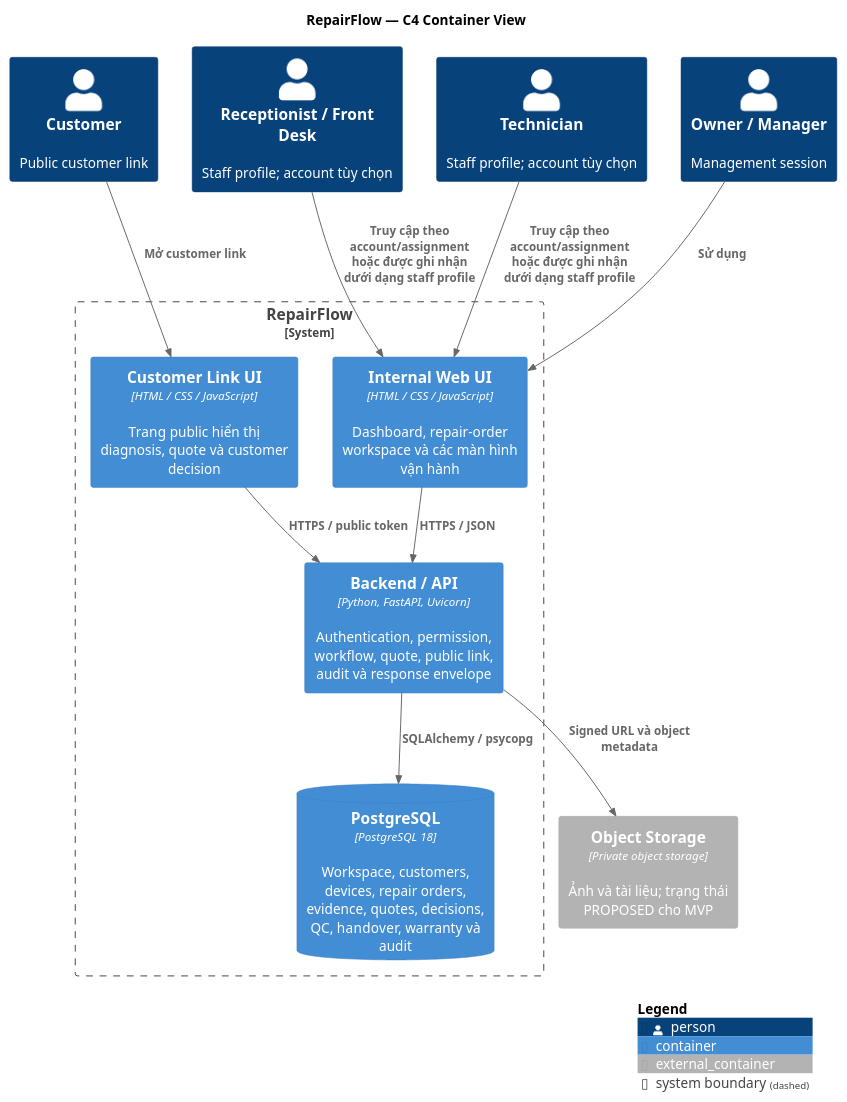
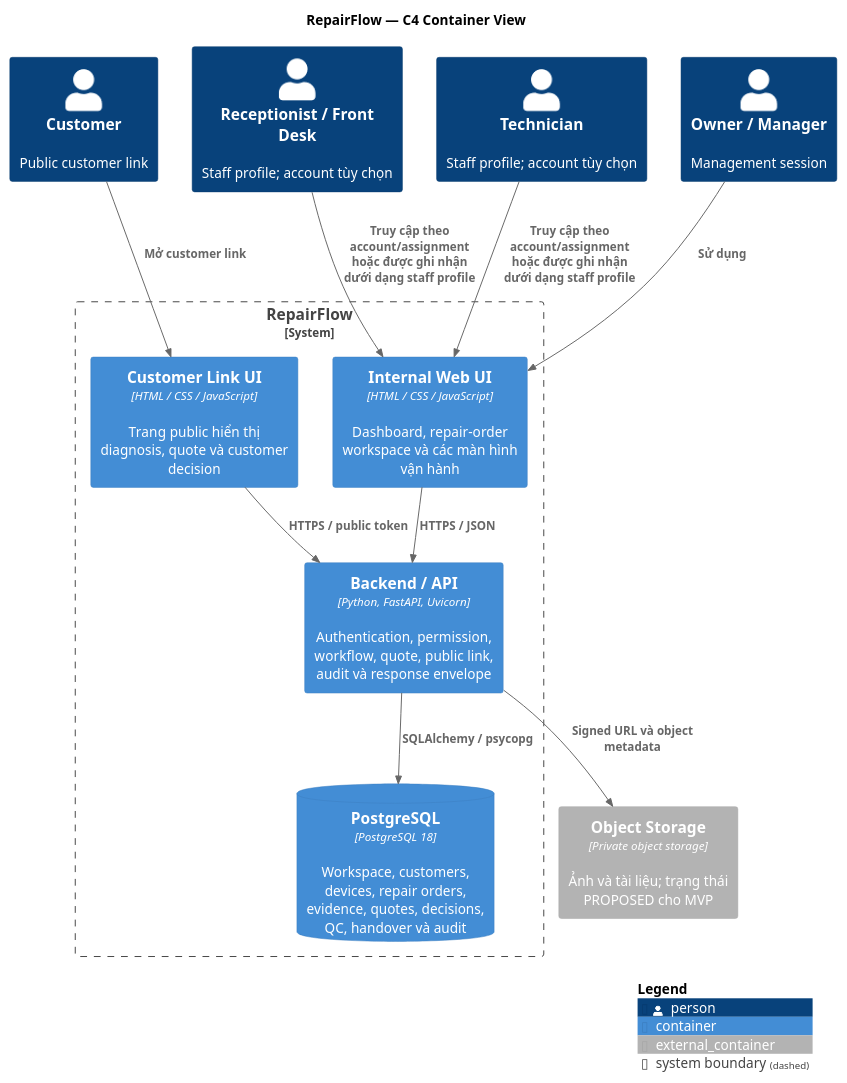
One commit to datdt03/DOTHANHDAT_INTERN_01278 changed the diagram in docs/v0/architecture/repairflow-c4-container.puml. Above: the diagram before and after it, drawn with PlantUML. The commit also changed 12 other files, not shown here.

```diff
--- a/docs/v0/architecture/repairflow-c4-container.puml
+++ b/docs/v0/architecture/repairflow-c4-container.puml
@@ -1,31 +1,31 @@
 @startuml repairflow-c4-container
 !include <C4/C4_Container>
 
 LAYOUT_TOP_DOWN()
 title RepairFlow — C4 Container View
 
 Person(owner, "Owner / Manager", "Management session")
 Person(customer, "Customer", "Public customer link")
 Person(receptionist, "Receptionist / Front Desk", "Staff profile; account tùy chọn")
 Person(technician, "Technician", "Staff profile; account tùy chọn")
 
 System_Boundary(repairflow, "RepairFlow") {
     Container(internalUi, "Internal Web UI", "HTML / CSS / JavaScript", "Dashboard, repair-order workspace và các màn hình vận hành")
     Container(customerUi, "Customer Link UI", "HTML / CSS / JavaScript", "Trang public hiển thị diagnosis, quote và customer decision")
     Container(api, "Backend / API", "Python, FastAPI, Uvicorn", "Authentication, permission, workflow, quote, public link, audit và response envelope")
-    ContainerDb(database, "PostgreSQL", "PostgreSQL 18", "Workspace, customers, devices, repair orders, evidence, quotes, decisions, QC, handover, warranty và audit")
+    ContainerDb(database, "PostgreSQL", "PostgreSQL 18", "Workspace, customers, devices, repair orders, evidence, quotes, decisions, QC, handover và audit")
 }
 
 Container_Ext(objectStorage, "Object Storage", "Private object storage", "Ảnh và tài liệu; trạng thái PROPOSED cho MVP")
 
 Rel(owner, internalUi, "Sử dụng")
 Rel(receptionist, internalUi, "Truy cập theo account/assignment hoặc được ghi nhận dưới dạng staff profile")
 Rel(technician, internalUi, "Truy cập theo account/assignment hoặc được ghi nhận dưới dạng staff profile")
 Rel(customer, customerUi, "Mở customer link")
 Rel(internalUi, api, "HTTPS / JSON")
 Rel(customerUi, api, "HTTPS / public token")
 Rel(api, database, "SQLAlchemy / psycopg")
 Rel(api, objectStorage, "Signed URL và object metadata")
 
 SHOW_LEGEND()
 @enduml
```
